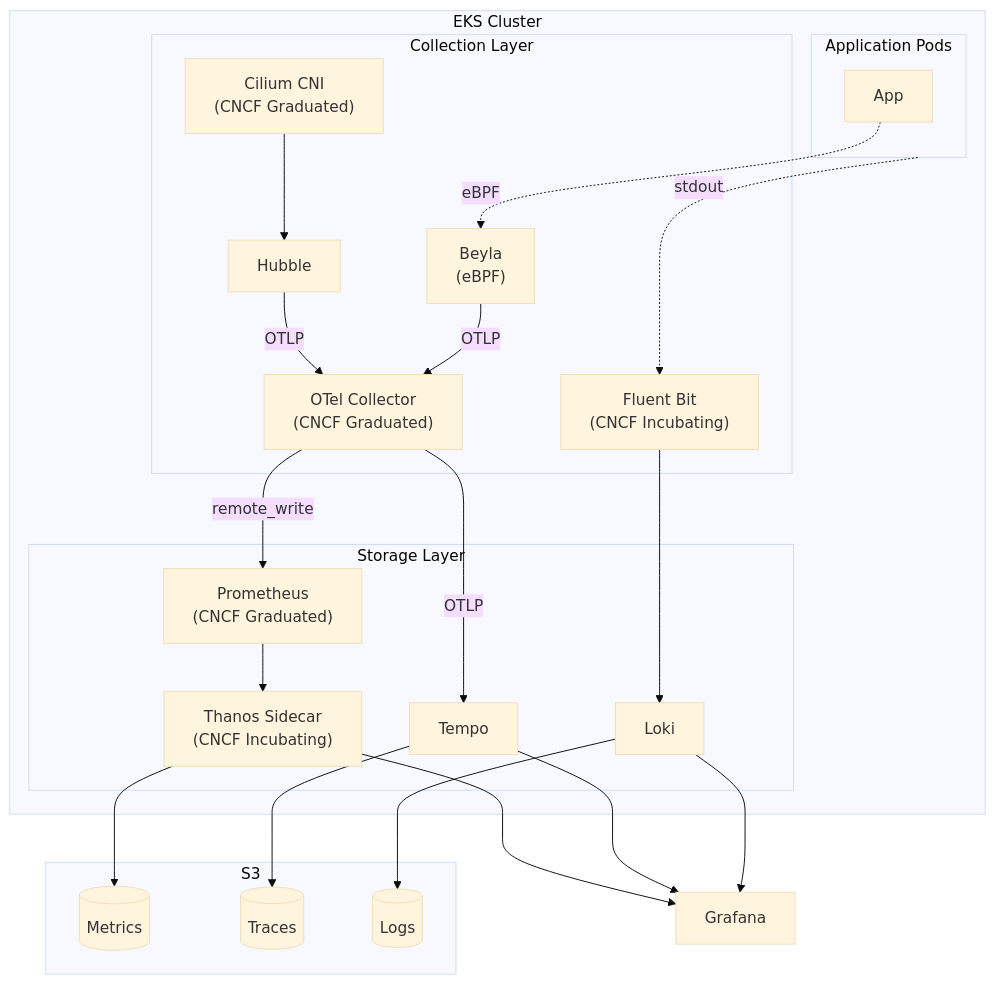
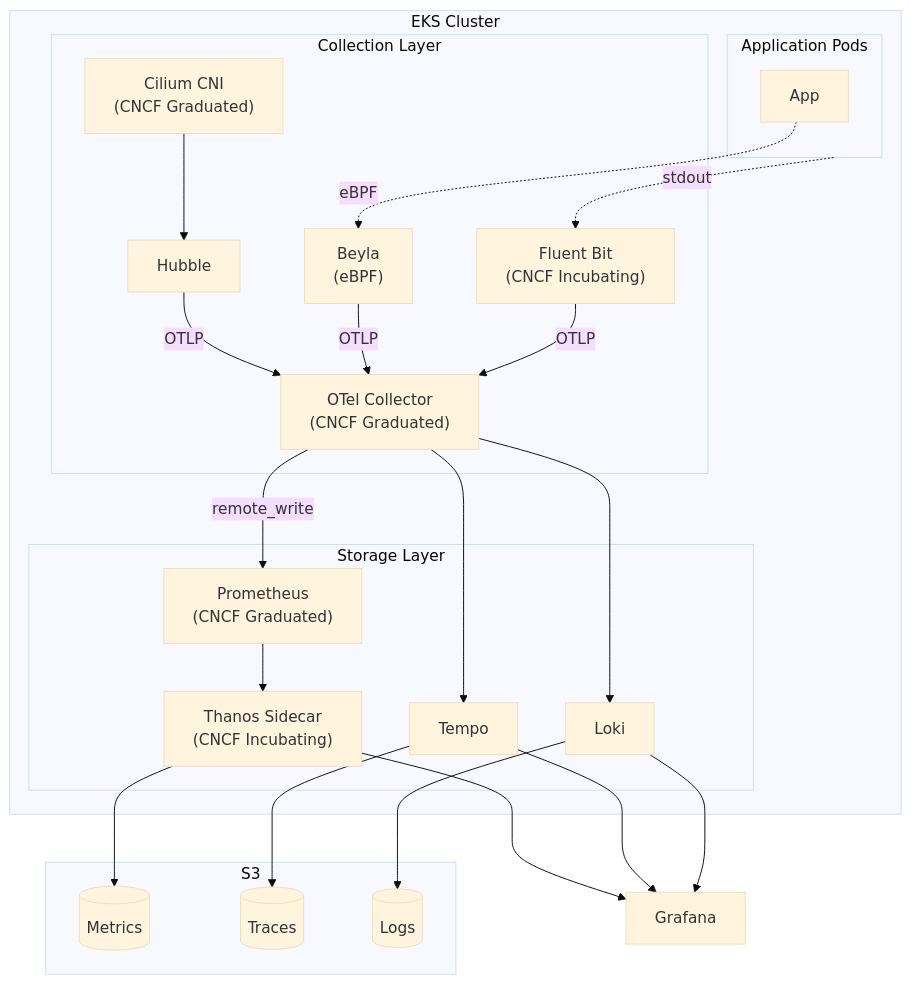
The first of 3 diagrams in kubernetes/README.md (panicboat/platform), drawn with Mermaid (base theme) before and after one commit. The commit also changed other lines of this file and 9 other files, not shown here.

Commit message:
refactor(kubernetes): fluent-bit -> otel-collector -> loki

````diff
--- a/kubernetes/README.md
+++ b/kubernetes/README.md
@@ -9,58 +9,59 @@
 ```mermaid
 flowchart TB
     subgraph EKS["EKS Cluster"]
         subgraph Apps["Application Pods"]
             App["App"]
         end
 
         subgraph Collection["Collection Layer"]
             Cilium["Cilium CNI<br/>(CNCF Graduated)"]
             Hubble["Hubble"]
             Beyla["Beyla<br/>(eBPF)"]
             OTelCol["OTel Collector<br/>(CNCF Graduated)"]
             FluentBit["Fluent Bit<br/>(CNCF Incubating)"]
         end
 
         subgraph Storage["Storage Layer"]
             Prometheus["Prometheus<br/>(CNCF Graduated)"]
             Thanos["Thanos Sidecar<br/>(CNCF Incubating)"]
             Tempo["Tempo"]
             Loki["Loki"]
         end
     end
 
     subgraph S3["S3"]
         S3Thanos[("Metrics")]
         S3Tempo[("Traces")]
         S3Loki[("Logs")]
     end
 
     Grafana["Grafana"]
 
     %% Network
     Cilium --> Hubble
 
     %% All telemetry → OTel Collector
     Hubble -->|OTLP| OTelCol
     App -.->|eBPF| Beyla
     Beyla -->|OTLP| OTelCol
 
     %% OTel Collector → Backends
     OTelCol -->|remote_write| Prometheus
-    OTelCol -->|OTLP| Tempo
+    OTelCol --> Tempo
 
     %% Logs
     Apps -.->|stdout| FluentBit
-    FluentBit --> Loki
+    FluentBit --> |OTLP| OTelCol
+    OTelCol --> Loki
 
     %% Long-term storage
     Prometheus --> Thanos
     Thanos --> S3Thanos
     Tempo --> S3Tempo
     Loki --> S3Loki
 
     %% Visualization
     Thanos --> Grafana
     Tempo --> Grafana
     Loki --> Grafana
 ```
````
